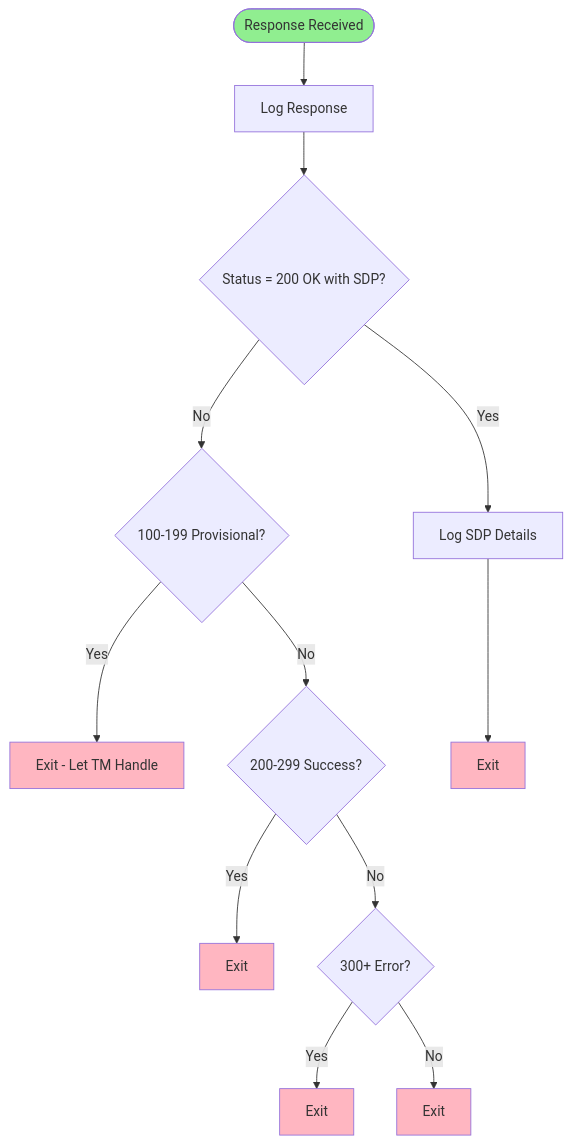
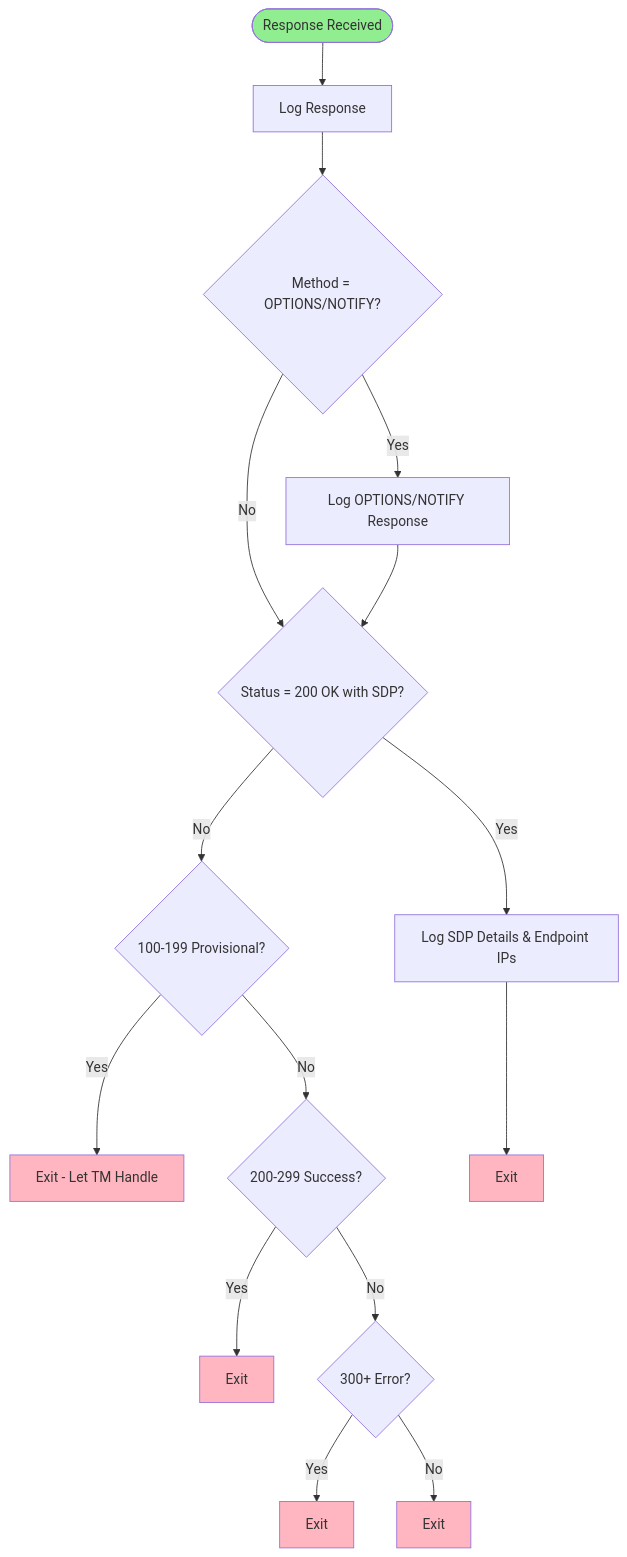
One commit to aelintra/pbx3sbc changed the ninth of 13 diagrams in docs/OPENSIPS-LOGIC-DIAGRAM.md. Above: the diagram before and after it, drawn with Mermaid. The commit also changed other lines of this file, not shown here.

First line of the commit message:
Update OPENSIPS-LOGIC-DIAGRAM to match current configuration

````diff
--- a/docs/OPENSIPS-LOGIC-DIAGRAM.md
+++ b/docs/OPENSIPS-LOGIC-DIAGRAM.md
@@ -258,21 +259,24 @@
 ```mermaid
 flowchart TD
     Start([Response Received]) --> LogResponse[Log Response]
-    LogResponse --> Check200{"Status = 200 OK with SDP?"}
-    Check200 -->|Yes| LogSDP[Log SDP Details]
+    LogResponse --> CheckOptNotify{"Method = OPTIONS/NOTIFY?"}
+    CheckOptNotify -->|Yes| LogOptNotify[Log OPTIONS/NOTIFY Response]
+    CheckOptNotify -->|No| Check200{"Status = 200 OK with SDP?"}
+    LogOptNotify --> Check200
+    Check200 -->|Yes| LogSDP[Log SDP Details & Endpoint IPs]
     Check200 -->|No| CheckProvisional{100-199 Provisional?}
     CheckProvisional -->|Yes| Exit1[Exit - Let TM Handle]
     CheckProvisional -->|No| CheckSuccess{200-299 Success?}
     CheckSuccess -->|Yes| Exit2[Exit]
     CheckSuccess -->|No| CheckError{300+ Error?}
     CheckError -->|Yes| Exit3[Exit]
     CheckError -->|No| Exit4[Exit]
     LogSDP --> Exit5[Exit]
     
     style Start fill:#90EE90
     style Exit1 fill:#FFB6C1
     style Exit2 fill:#FFB6C1
     style Exit3 fill:#FFB6C1
     style Exit4 fill:#FFB6C1
     style Exit5 fill:#FFB6C1
 ```
````
